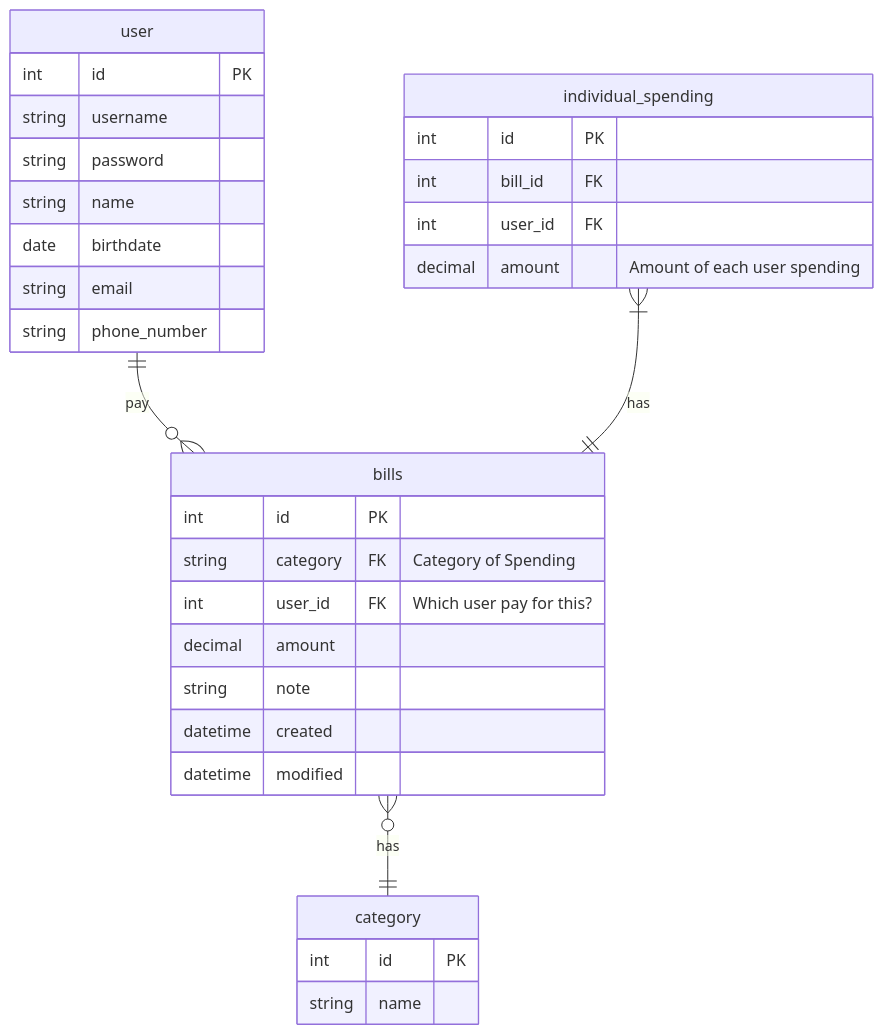
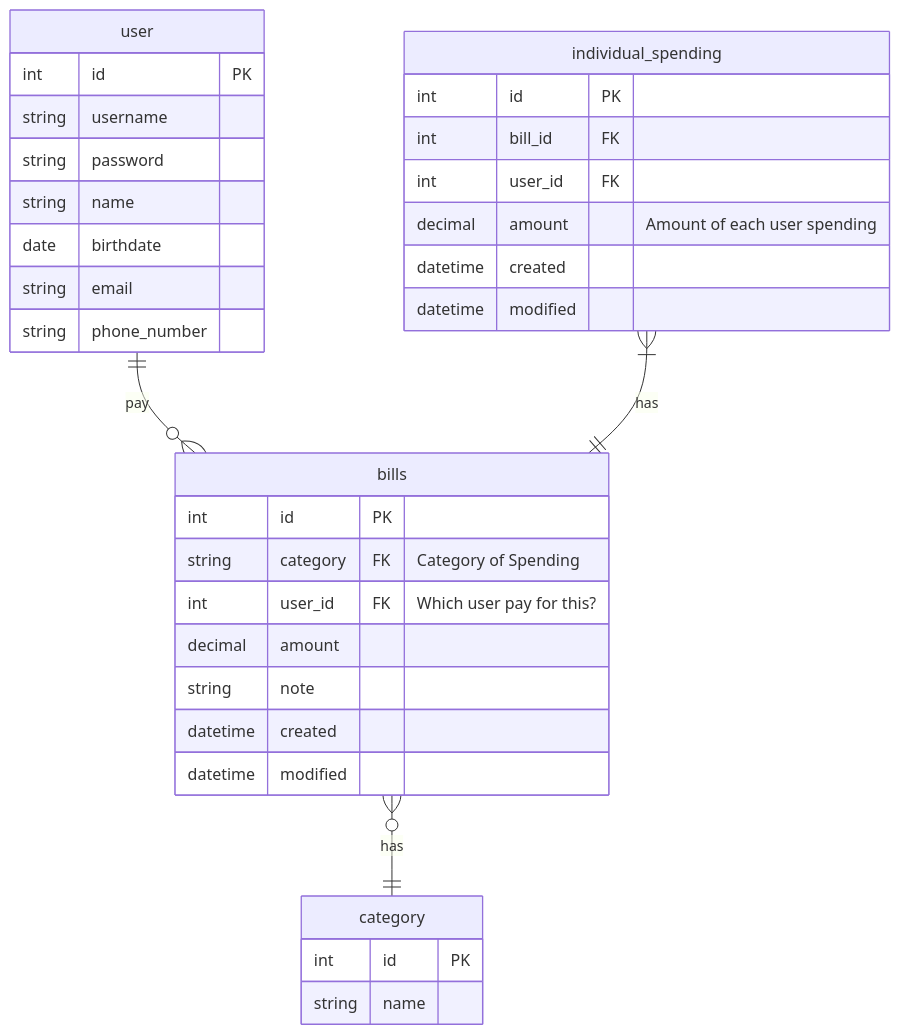
Before and after one commit to Skyquek/Trip-Bill-Management-System: the second of 2 diagrams in mini-project/Readme.md, drawn with Mermaid.

Commit message:
add date and time into erd

````diff
--- a/mini-project/Readme.md
+++ b/mini-project/Readme.md
@@ -28,37 +28,39 @@
 ```mermaid
 erDiagram
     user ||--o{ bills : pay
     user {
         int id PK
         string username
         string password
         string name
         date birthdate
         string email
         string phone_number
     }
 
     bills }o--|| category: "has"
     bills {
         int id PK
         string category FK "Category of Spending"
         int user_id FK "Which user pay for this?"
         decimal amount
         string note
         datetime created
         datetime modified
     }
 
     individual_spending }|--|| bills: "has"
     individual_spending {
         int id PK
         int bill_id FK
         int user_id FK
         decimal amount "Amount of each user spending"
+        datetime created
+        datetime modified
     }
 
     category {
         int id PK
         string name
     }
 ```
````
